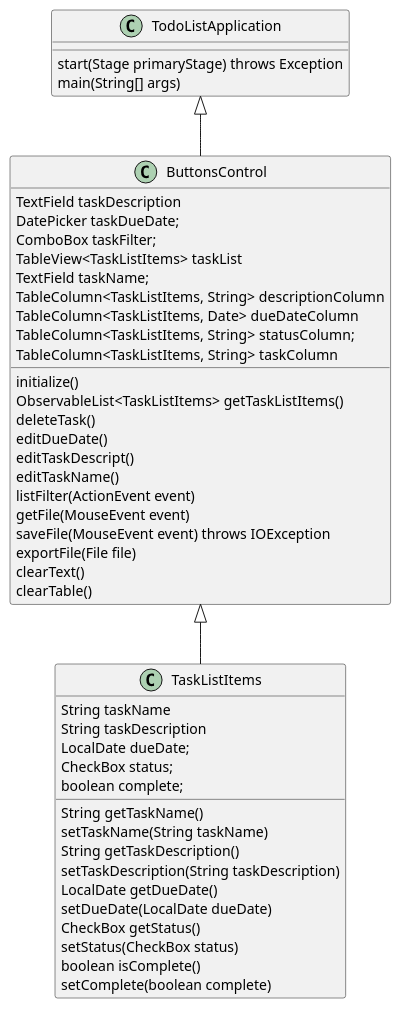
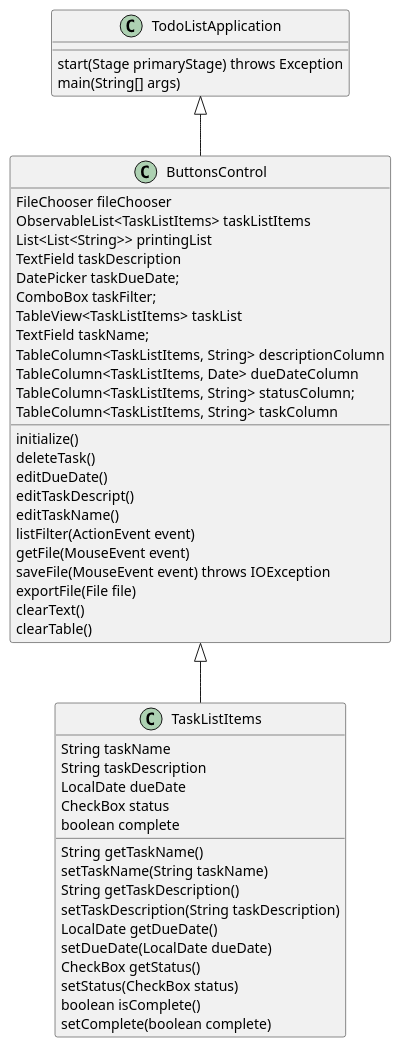
Before and after one commit to lins0409/lin-app1-imp1: the diagram in TodoListApplication/docs/App1_diagram.puml, drawn with PlantUML. The commit also changed 3 other files, not shown here.

```diff
--- a/TodoListApplication/docs/App1_diagram.puml
+++ b/TodoListApplication/docs/App1_diagram.puml
@@ -1,56 +1,58 @@
 @startuml
 'https://plantuml.com/class-diagram
 
 
 class TodoListApplication {
 start(Stage primaryStage) throws Exception
 main(String[] args)
 }
 
 TodoListApplication <|-- ButtonsControl
 
 class ButtonsControl {
+FileChooser fileChooser
+ObservableList<TaskListItems> taskListItems
+List<List<String>> printingList
 TextField taskDescription
 DatePicker taskDueDate;
 ComboBox taskFilter;
 TableView<TaskListItems> taskList
 TextField taskName;
 TableColumn<TaskListItems, String> descriptionColumn
 TableColumn<TaskListItems, Date> dueDateColumn
 TableColumn<TaskListItems, String> statusColumn;
 TableColumn<TaskListItems, String> taskColumn
 initialize()
-ObservableList<TaskListItems> getTaskListItems()
 deleteTask()
 editDueDate()
 editTaskDescript()
 editTaskName()
 listFilter(ActionEvent event)
 getFile(MouseEvent event)
 saveFile(MouseEvent event) throws IOException
 exportFile(File file)
 clearText()
 clearTable()
 }
 
 ButtonsControl <|-- TaskListItems
 
 class TaskListItems{
 String taskName
 String taskDescription
-LocalDate dueDate;
-CheckBox status;
-boolean complete;
+LocalDate dueDate
+CheckBox status
+boolean complete
 String getTaskName()
 setTaskName(String taskName)
 String getTaskDescription()
 setTaskDescription(String taskDescription)
 LocalDate getDueDate()
 setDueDate(LocalDate dueDate)
 CheckBox getStatus()
 setStatus(CheckBox status)
 boolean isComplete()
 setComplete(boolean complete)
 }
 
 @enduml
```
